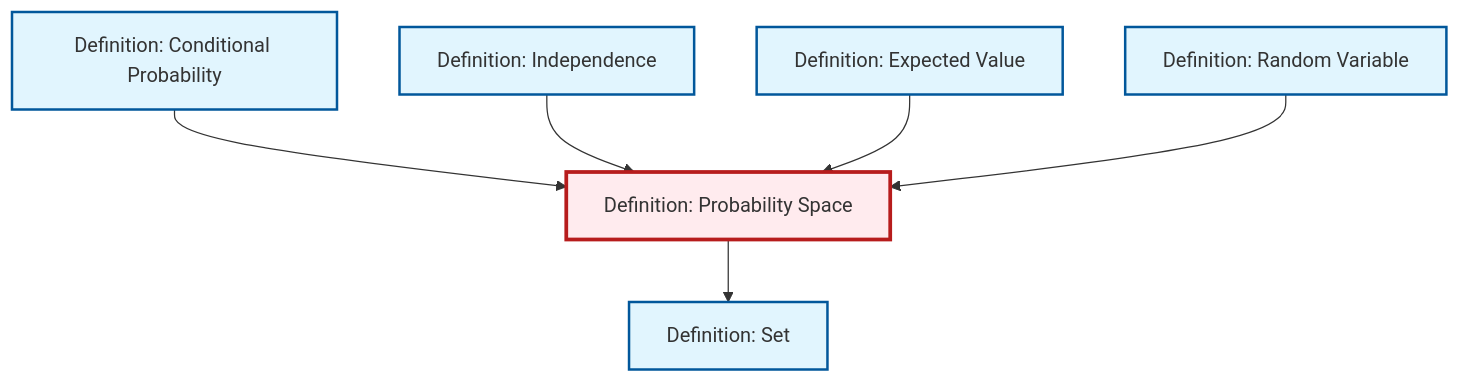
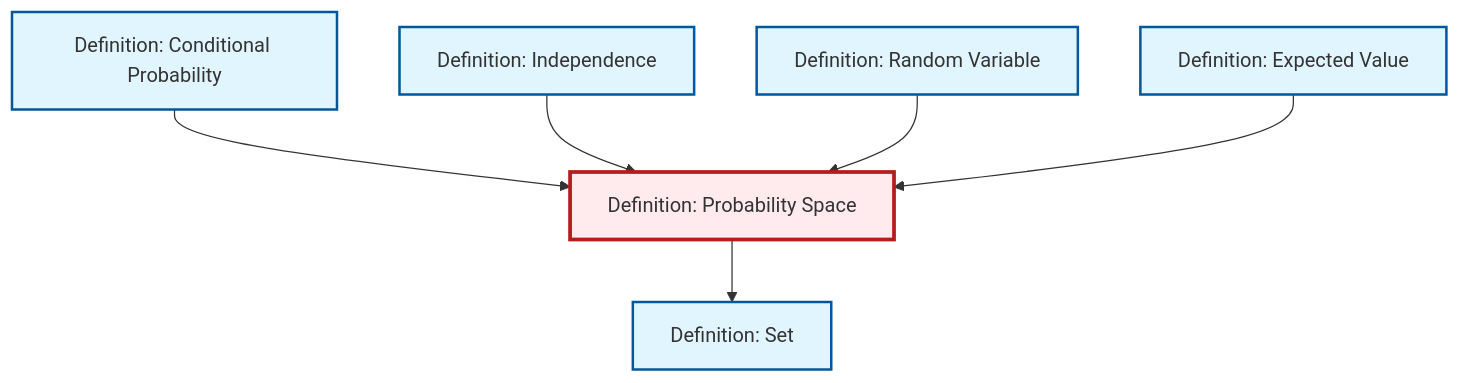
One commit to RK0429/ModernMath changed the diagram in content/ja/probability-statistics/def-probability-space.qmd. Above: the diagram before and after it, drawn with Mermaid. The commit also changed other lines of this file and 531 other files, not shown here.

````diff
--- a/content/ja/probability-statistics/def-probability-space.qmd
+++ b/content/ja/probability-statistics/def-probability-space.qmd
@@ -47,26 +47,26 @@
 ```{mermaid}
 %%| fig-cap: "Local dependency graph"
 graph TD
     classDef definition fill:#e1f5fe,stroke:#01579b,stroke-width:2px
     classDef theorem fill:#f3e5f5,stroke:#4a148c,stroke-width:2px
     classDef axiom fill:#fff3e0,stroke:#e65100,stroke-width:2px
     classDef example fill:#e8f5e9,stroke:#1b5e20,stroke-width:2px
     classDef current fill:#ffebee,stroke:#b71c1c,stroke-width:3px
+    def-set["Definition: Set"]:::definition
+    def-expectation["Definition: Expected Value"]:::definition
     def-random-variable["Definition: Random Variable"]:::definition
+    def-probability-space["Definition: Probability Space"]:::definition
     def-conditional-probability["Definition: Conditional Probability"]:::definition
-    def-expectation["Definition: Expected Value"]:::definition
-    def-set["Definition: Set"]:::definition
     def-independence["Definition: Independence"]:::definition
-    def-probability-space["Definition: Probability Space"]:::definition
     def-conditional-probability --> def-probability-space
+    def-probability-space --> def-set
     def-independence --> def-probability-space
+    def-random-variable --> def-probability-space
     def-expectation --> def-probability-space
-    def-probability-space --> def-set
-    def-random-variable --> def-probability-space
     class def-probability-space current
+    click def-set "def-set.html" "Definition: Setへ"
+    click def-expectation "def-expectation.html" "Definition: Expected Valueへ"
     click def-random-variable "def-random-variable.html" "Definition: Random Variableへ"
     click def-conditional-probability "def-conditional-probability.html" "Definition: Conditional Probabilityへ"
-    click def-expectation "def-expectation.html" "Definition: Expected Valueへ"
-    click def-set "def-set.html" "Definition: Setへ"
     click def-independence "def-independence.html" "Definition: Independenceへ"
 ```
````
